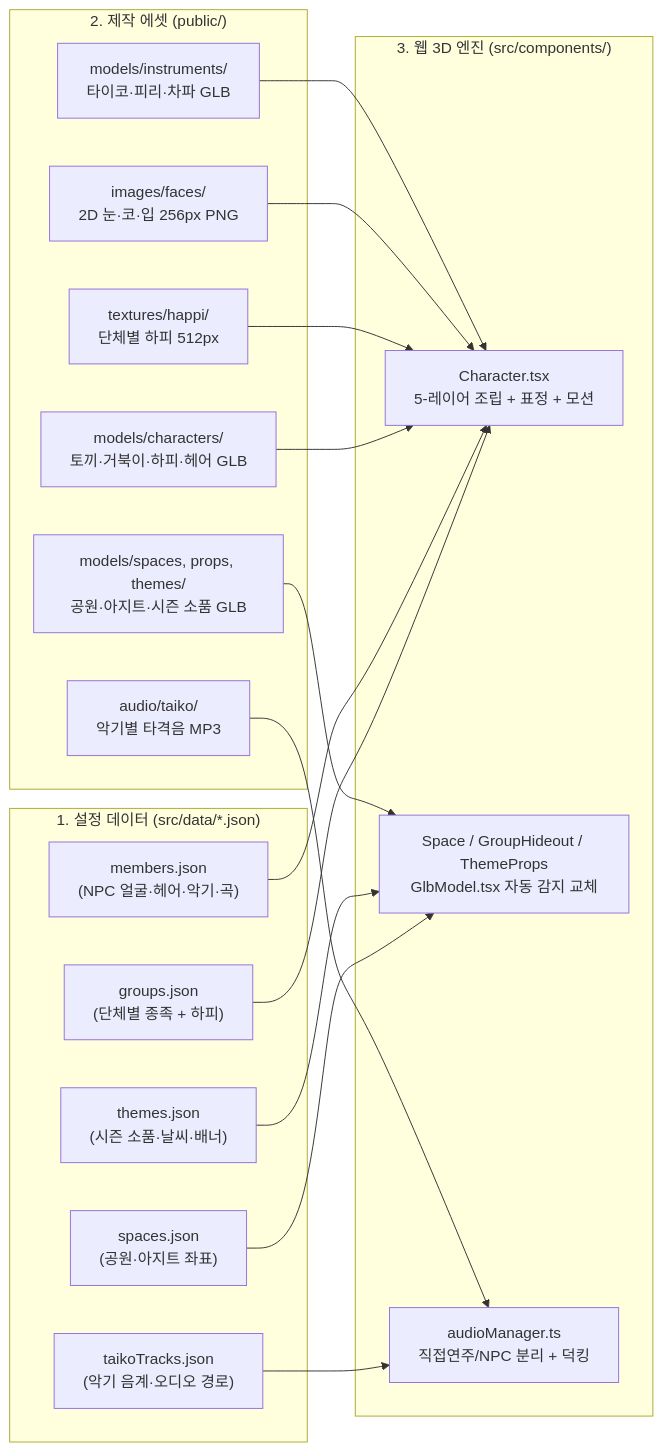
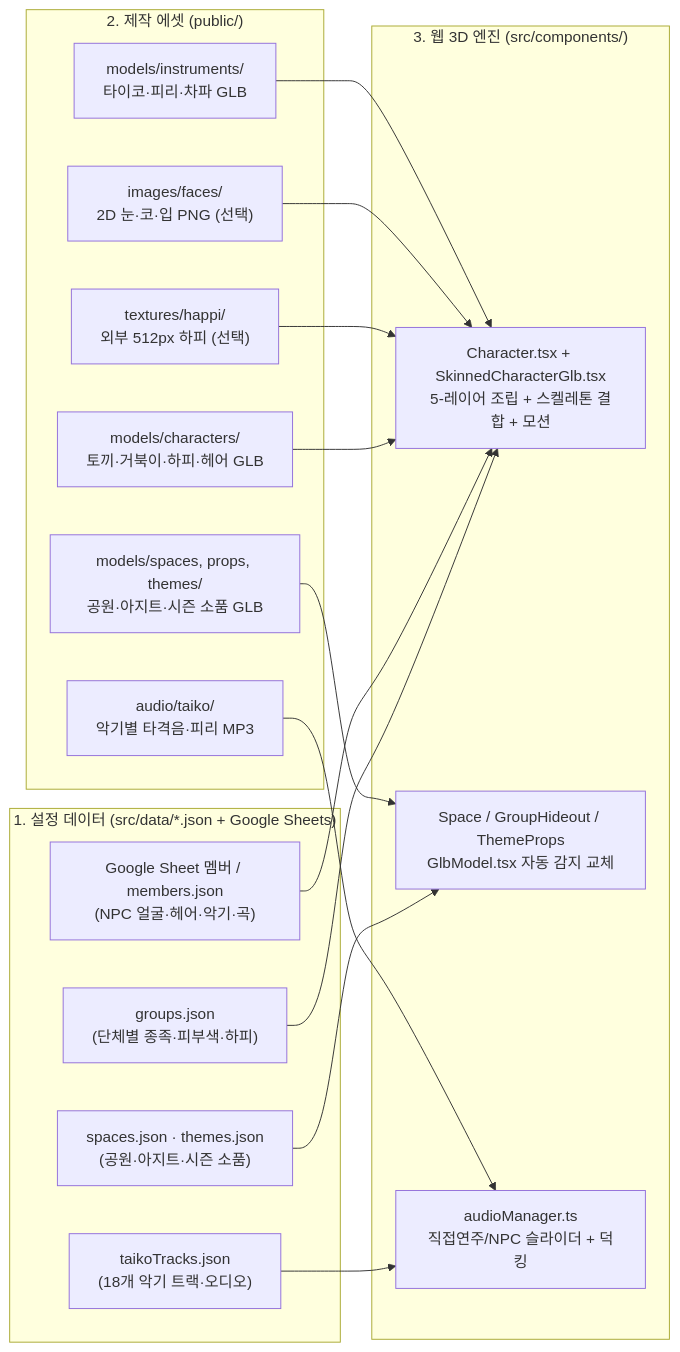
The diagram in docs/ASSET_MODULAR_GUIDE.md (Miraitokyo-design/taikoworld), drawn with Mermaid before and after one commit. The commit also changed other lines of this file and 12 other files, not shown here.

````diff
--- a/docs/ASSET_MODULAR_GUIDE.md
+++ b/docs/ASSET_MODULAR_GUIDE.md
@@ -26,39 +28,37 @@
 ```mermaid
 flowchart LR
-  subgraph Data["1. 설정 데이터 (src/data/*.json)"]
-    G["groups.json<br/>(단체별 종족 + 하피)"]
-    M["members.json<br/>(NPC 얼굴·헤어·악기·곡)"]
-    S["spaces.json<br/>(공원·아지트 좌표)"]
-    T["themes.json<br/>(시즌 소품·날씨·배너)"]
-    TR["taikoTracks.json<br/>(악기 음계·오디오 경로)"]
+  subgraph Data["1. 설정 데이터 (src/data/*.json + Google Sheets)"]
+    G["groups.json<br/>(단체별 종족·피부색·하피)"]
+    M["Google Sheet 멤버 / members.json<br/>(NPC 얼굴·헤어·악기·곡)"]
+    S["spaces.json · themes.json<br/>(공원·아지트·시즌 소품)"]
+    TR["taikoTracks.json<br/>(18개 악기 트랙·오디오)"]
   end
 
   subgraph Assets["2. 제작 에셋 (public/)"]
     GLB_C["models/characters/<br/>토끼·거북이·하피·헤어 GLB"]
-    TEX["textures/happi/<br/>단체별 하피 512px"]
-    FACE["images/faces/<br/>2D 눈·코·입 256px PNG"]
+    TEX["textures/happi/<br/>외부 512px 하피 (선택)"]
+    FACE["images/faces/<br/>2D 눈·코·입 PNG (선택)"]
     GLB_W["models/spaces, props, themes/<br/>공원·아지트·시즌 소품 GLB"]
     GLB_I["models/instruments/<br/>타이코·피리·차파 GLB"]
-    AUD["audio/taiko/<br/>악기별 타격음 MP3"]
+    AUD["audio/taiko/<br/>악기별 타격음·피리 MP3"]
   end
 
   subgraph Engine["3. 웹 3D 엔진 (src/components/)"]
-    CHAR["Character.tsx<br/>5-레이어 조립 + 표정 + 모션"]
+    CHAR["Character.tsx + SkinnedCharacterGlb.tsx<br/>5-레이어 조립 + 스켈레톤 결합 + 모션"]
     WORLD["Space / GroupHideout / ThemeProps<br/>GlbModel.tsx 자동 감지 교체"]
-    AUDIO["audioManager.ts<br/>직접연주/NPC 분리 + 덕킹"]
+    AUDIO["audioManager.ts<br/>직접연주/NPC 슬라이더 + 덕킹"]
   end
 
   G --> CHAR
   M --> CHAR
   GLB_C --> CHAR
   TEX --> CHAR
   FACE --> CHAR
   GLB_I --> CHAR
 
   S --> WORLD
-  T --> WORLD
   GLB_W --> WORLD
 
   TR --> AUDIO
   AUD --> AUDIO
 ```
````
